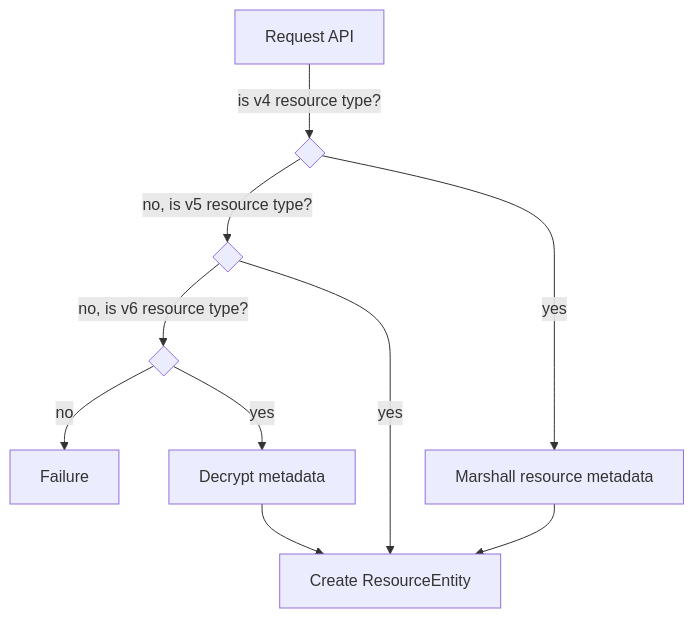
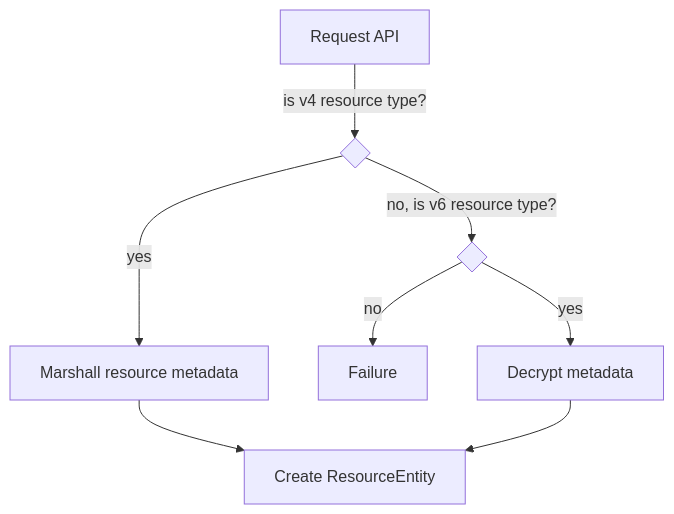
The diagram in doc/resource-types-retrieval-requirements.md (passbolt/passbolt_browser_extension), drawn with Mermaid before and after one commit. The commit also changed 7 other files, not shown here.

````diff
--- a/doc/resource-types-retrieval-requirements.md
+++ b/doc/resource-types-retrieval-requirements.md
@@ -1,20 +1,17 @@
 ```mermaid
 graph
     A[Request API]
     B[Marshall resource metadata]
     C[Create ResourceEntity]
     D[Failure]
     E[Decrypt metadata]
     C1{ }
     C2{ }
-    C3{ }
     A --> |is v4 resource type?| C1
-    C1 --> |no, is v5 resource type?| C2
+    C1 --> |no, is v6 resource type?| C2
     C1 --> |yes| B
     B --> C
-    C2 --> |no, is v6 resource type?| C3
-    C2 --> |yes| C
-    C3 --> |no| D
-    C3 --> |yes| E
+    C2 --> |no| D
+    C2 --> |yes| E
     E --> C
 ```
````
